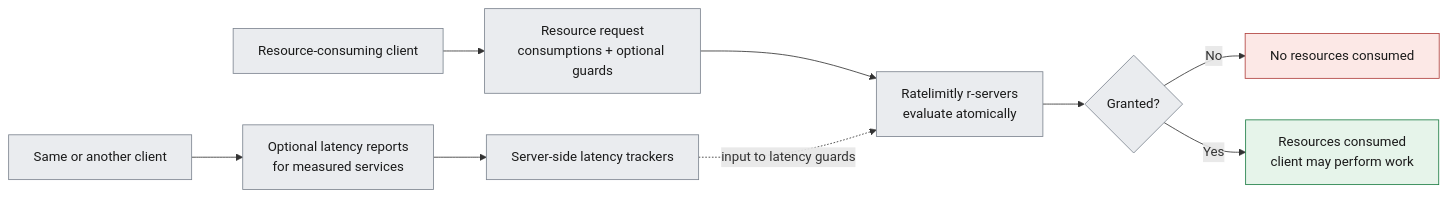
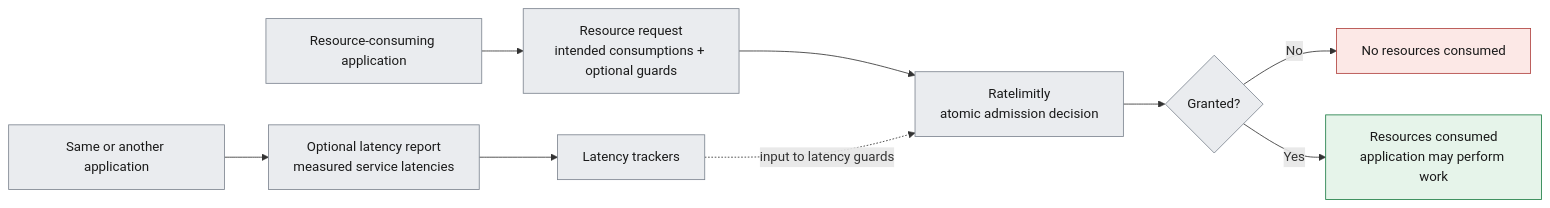
Before and after one commit to ratelimitly-com/rl-c-client: the diagram in README.md, drawn with Mermaid. The commit also changed other lines of this file and 3 other files, not shown here.

````diff
--- a/README.md
+++ b/README.md
@@ -41,16 +35,16 @@
 ```mermaid
 flowchart LR
-    Consumer["Resource-consuming client"]:::neutral --> Request["Resource request<br/>consumptions + optional guards"]:::neutral
-    Request --> Evaluate["Ratelimitly r-servers<br/>evaluate atomically"]:::neutral
+    Consumer["Resource-consuming application"]:::neutral --> Request["Resource request<br/>intended consumptions + optional guards"]:::neutral
+    Request --> Evaluate["Ratelimitly<br/>atomic admission decision"]:::neutral
     Evaluate --> Decision{"Granted?"}:::neutral
     Decision -->|No| Rejected["No resources consumed"]:::danger
-    Decision -->|Yes| Granted["Resources consumed<br/>client may perform work"]:::success
+    Decision -->|Yes| Granted["Resources consumed<br/>application may perform work"]:::success
 
-    Reporter["Same or another client"]:::neutral --> Report["Optional latency reports<br/>for measured services"]:::neutral
-    Report --> Trackers["Server-side latency trackers"]:::neutral
+    Reporter["Same or another application"]:::neutral --> Report["Optional latency report<br/>measured service latencies"]:::neutral
+    Report --> Trackers["Latency trackers"]:::neutral
     Trackers -. "input to latency guards" .-> Evaluate
 
     classDef neutral fill:#EAECEF,stroke:#7D8590,color:#1A1A1A;
     classDef danger fill:#FCE8E6,stroke:#B0413E,color:#1A1A1A;
     classDef success fill:#E6F4EA,stroke:#1E7E45,color:#1A1A1A;
 ```
````
